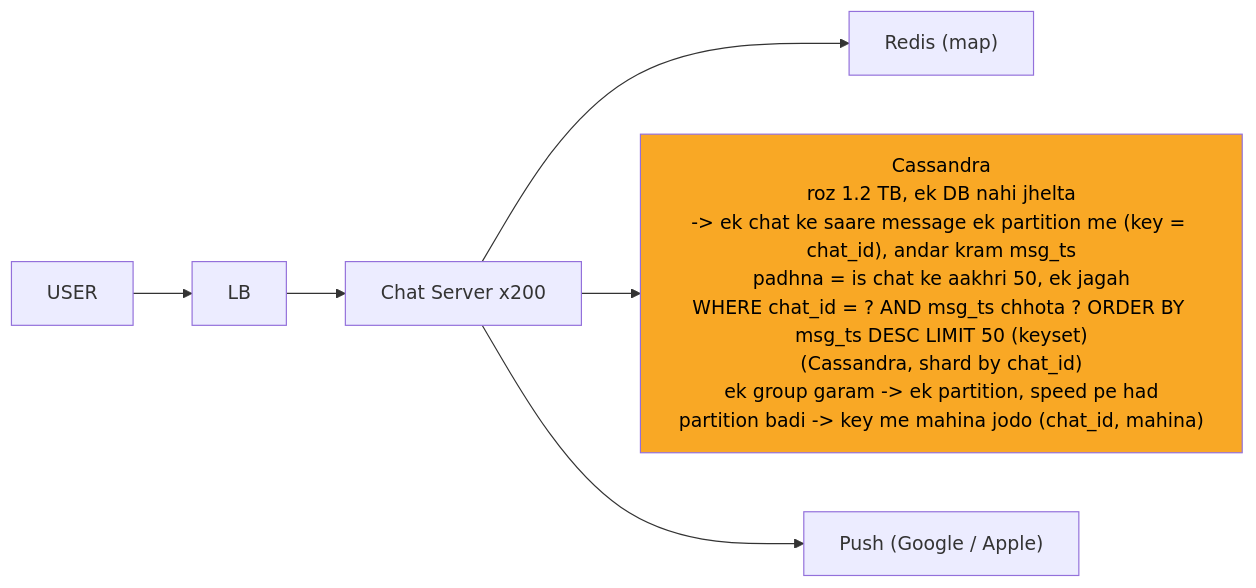
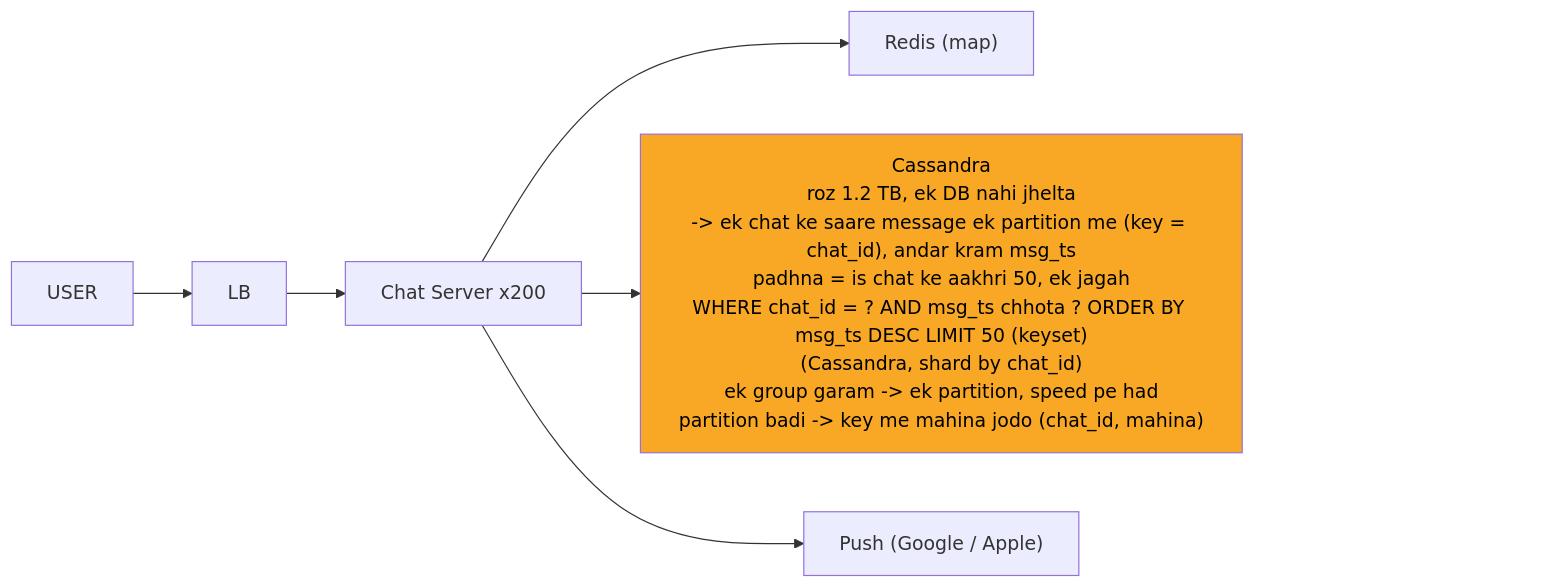
One commit to ArpanMaheshwari144/Prep changed the fifth of 12 diagrams in 04_HLD/SYSTEM_DESIGNS/14_chat_messaging/14_chat_messaging.md. Above: the diagram before and after it, drawn with Mermaid. The commit also changed other lines of this file and 13 other files, not shown here.

Commit message:
hld 14 file: har diagram ke daayein andekha dabba, zoom button asli dabbe pe na aaye

````diff
--- a/04_HLD/SYSTEM_DESIGNS/14_chat_messaging/14_chat_messaging.md
+++ b/04_HLD/SYSTEM_DESIGNS/14_chat_messaging/14_chat_messaging.md
@@ -231,16 +243,19 @@
 ```mermaid
 %%{init: {"flowchart": {"wrappingWidth": 450}}}%%
 flowchart LR
     n_U["USER"]
     n_LB["LB"]
     n_CS["Chat Server x200"]
     n_R["Redis (map)"]
     n_CA["Cassandra<br/>roz 1.2 TB, ek DB nahi jhelta<br/>-> ek chat ke saare message ek partition me (key = chat_id), andar kram msg_ts<br/>padhna = is chat ke aakhri 50, ek jagah<br/>WHERE chat_id = ? AND msg_ts chhota ? ORDER BY msg_ts DESC LIMIT 50 (keyset)<br/>(Cassandra, shard by chat_id)<br/>ek group garam -> ek partition, speed pe had<br/>partition badi -> key me mahina jodo (chat_id, mahina)"]
     n_P["Push (Google / Apple)"]
     n_U --> n_LB
     n_LB --> n_CS
     n_CS --> n_R
     n_CS --> n_CA
     n_CS --> n_P
+    n_pad["xxxxxxxxxxxxxxxx"]
+    n_CA ~~~ n_pad
     style n_CA fill:#f9a825,color:#000
+    style n_pad fill:none,stroke:none,color:#ffffff00
 ```
````
